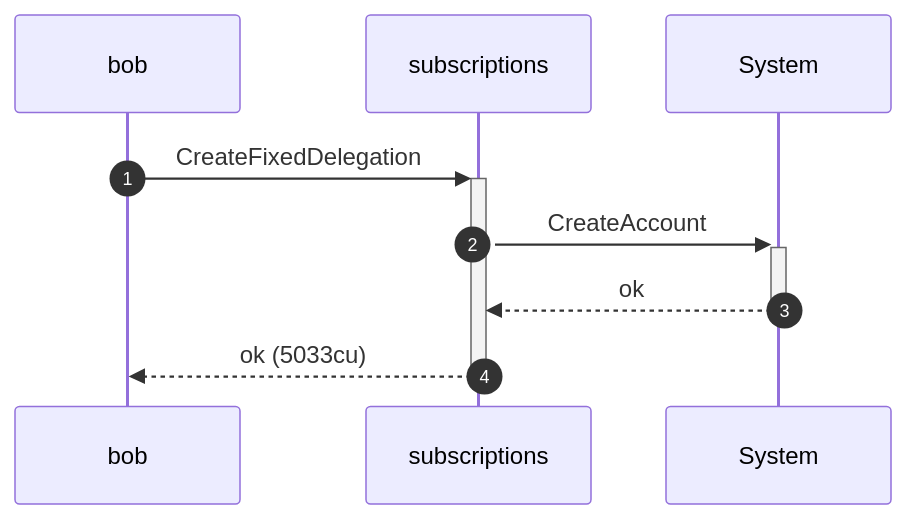
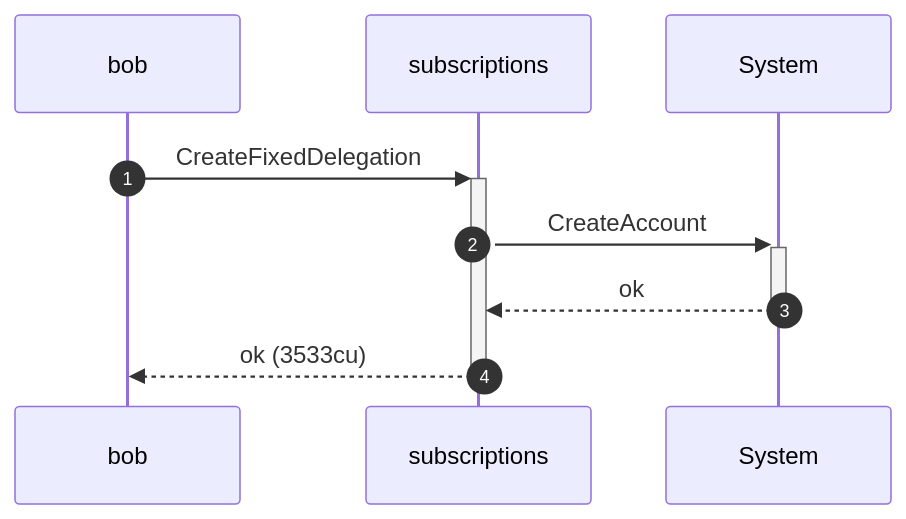
One commit to cds-rs/subscriptions changed diagram 14 of 16 in dsl_tests/fixed-transfer-delegator-mismatch-exploit-is-blocked.md. Above: the diagram before and after it, drawn with Mermaid. The commit also changed other lines of this file and 224 other files, not shown here.

````diff
--- a/dsl_tests/fixed-transfer-delegator-mismatch-exploit-is-blocked.md
+++ b/dsl_tests/fixed-transfer-delegator-mismatch-exploit-is-blocked.md
@@ -272,11 +286,11 @@
 ```mermaid
 sequenceDiagram
     autonumber
     participant bob
     participant subscriptions
     participant System
     bob ->>+ subscriptions: CreateFixedDelegation
     subscriptions ->>+ System: CreateAccount
     System -->>- subscriptions: ok
-    subscriptions -->>- bob: ok (5033cu)
+    subscriptions -->>- bob: ok (3533cu)
 ```
````
